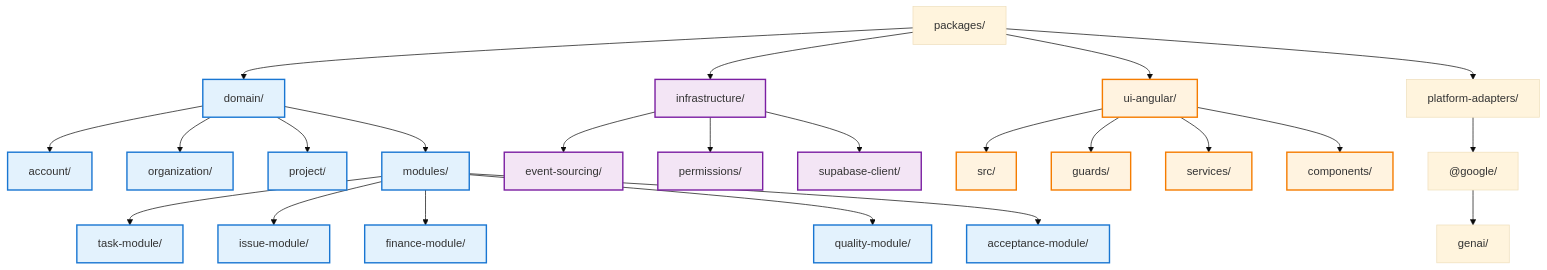
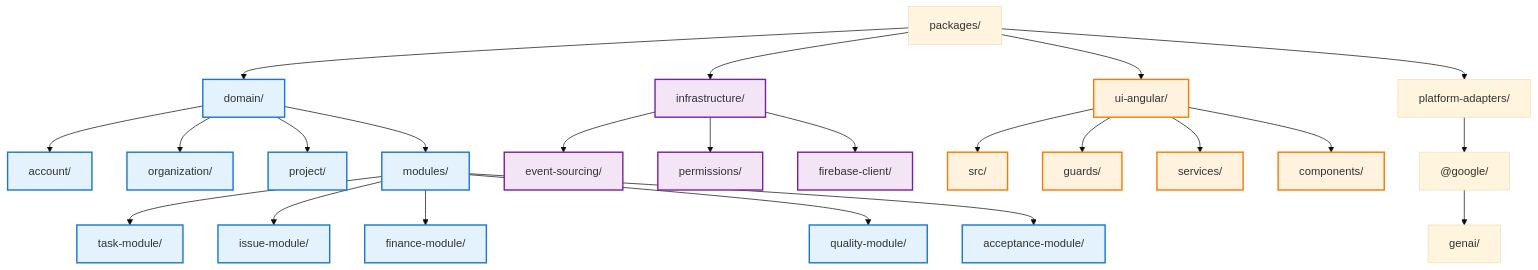
Before and after one commit to 7Spade/ng-dragon: the ninth of 9 diagrams in Mermaid-e.md, drawn with Mermaid (base theme). The commit also changed other lines of this file, not shown here.

Commit message:
docs: align mermaid architecture doc with firestore

````diff
--- a/Mermaid-e.md
+++ b/Mermaid-e.md
@@ -1123,40 +1074,40 @@
 ```mermaid
 flowchart TD
     packages["packages/"]
     
     packages --> domain["domain/"]
     packages --> infra["infrastructure/"]
     packages --> ui["ui-angular/"]
     packages --> adapters["platform-adapters/"]
     
     domain --> account["account/"]
     domain --> org["organization/"]
     domain --> project["project/"]
     domain --> modules["modules/"]
     
     modules --> task["task-module/"]
     modules --> issue["issue-module/"]
     modules --> finance["finance-module/"]
     modules --> quality["quality-module/"]
     modules --> acceptance["acceptance-module/"]
     
     infra --> events["event-sourcing/"]
     infra --> permissions["permissions/"]
-    infra --> supabase["supabase-client/"]
+    infra --> firebase["firebase-client/"]
     
     ui --> uiSrc["src/"]
     ui --> guards["guards/"]
     ui --> services["services/"]
     ui --> components["components/"]
     
     adapters --> google["@google/"]
     google --> genai["genai/"]
     
     classDef domainStyle fill:#e3f2fd,stroke:#1976d2,stroke-width:2px
     classDef infraStyle fill:#f3e5f5,stroke:#7b1fa2,stroke-width:2px
     classDef uiStyle fill:#fff3e0,stroke:#f57c00,stroke-width:2px
     
     class domain,account,org,project,modules,task,issue,finance,quality,acceptance domainStyle
-    class infra,events,permissions,supabase infraStyle
+    class infra,events,permissions,firebase infraStyle
     class ui,uiSrc,guards,services,components uiStyle
 ```
````
